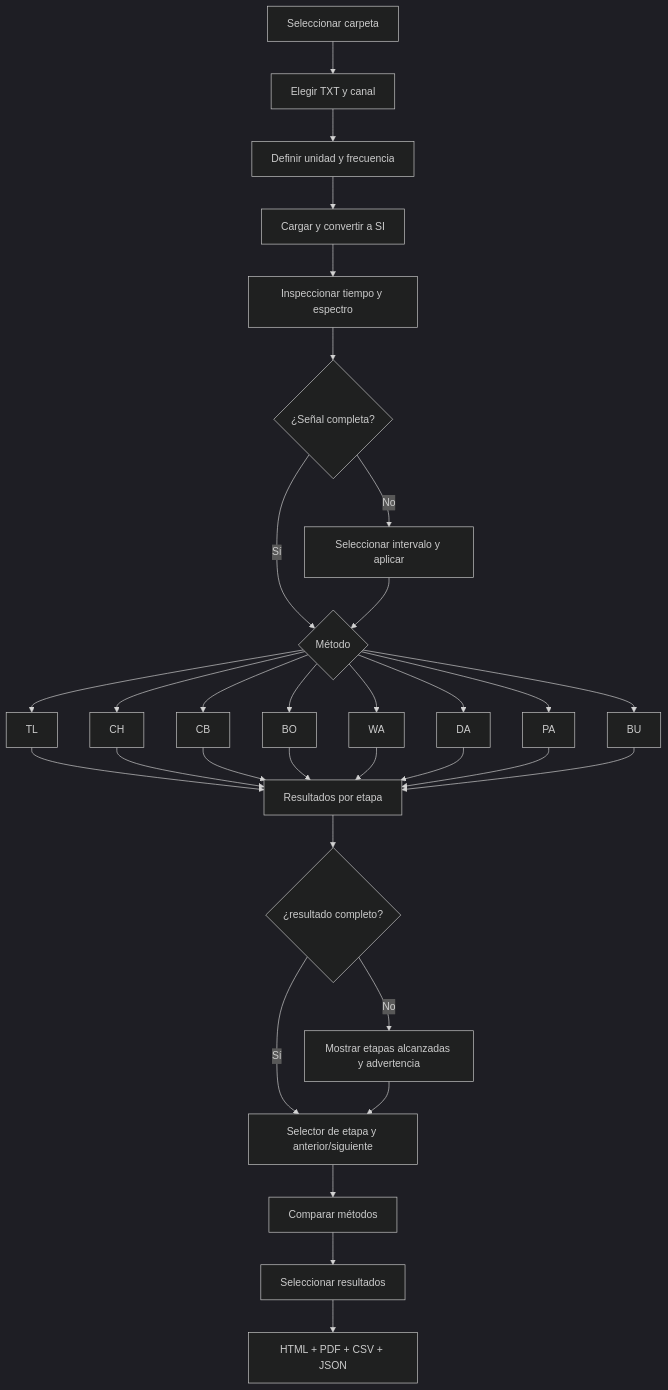
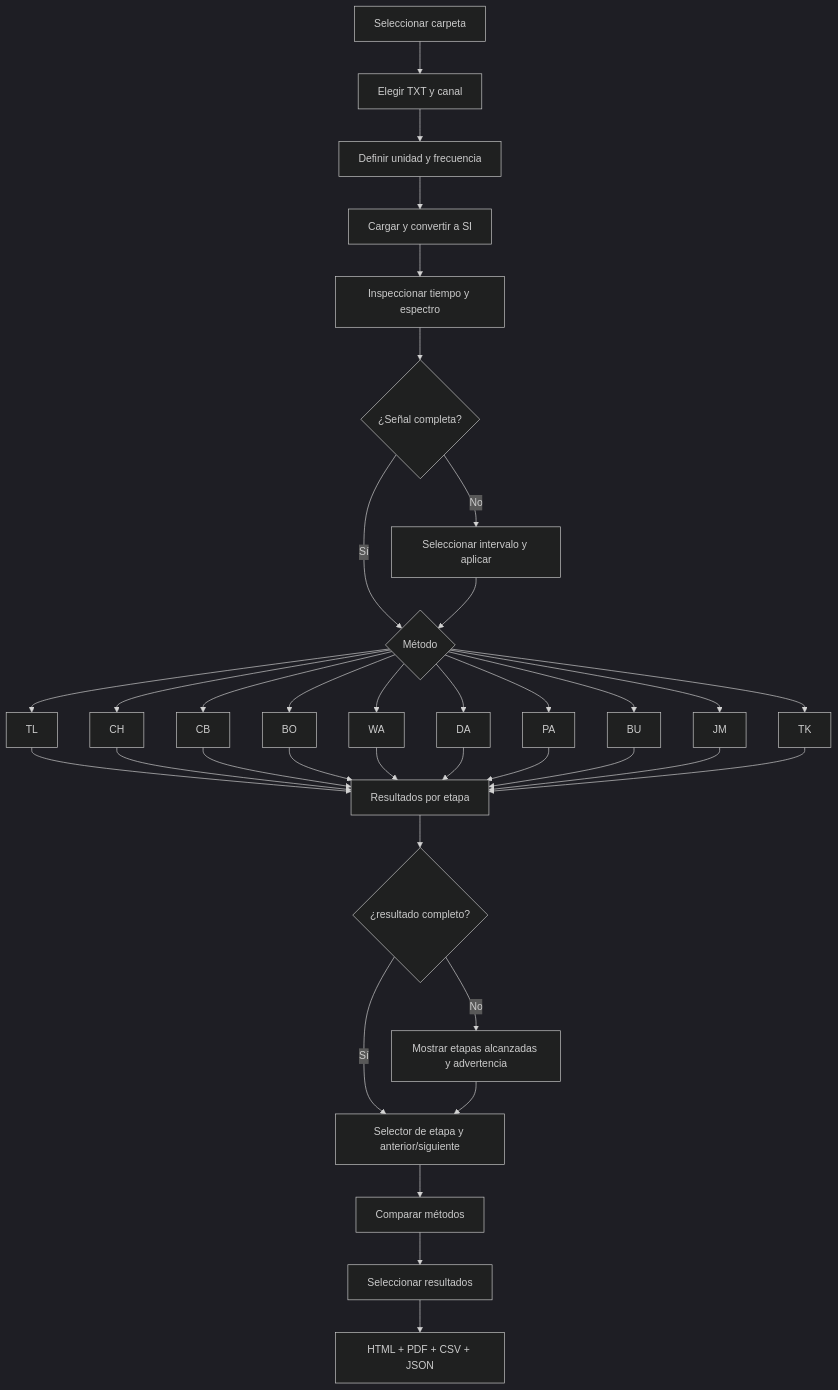
Before and after one commit to jolumartinez/desp_from_acc: the diagram in docs/desp_desktop_app/workflow.mmd, drawn with Mermaid (dark theme). The commit also changed 29 other files, not shown here.

```diff
--- a/docs/desp_desktop_app/workflow.mmd
+++ b/docs/desp_desktop_app/workflow.mmd
@@ -1,32 +1,36 @@
 flowchart TD
     A[Seleccionar carpeta] --> B[Elegir TXT y canal]
     B --> C[Definir unidad y frecuencia]
     C --> D[Cargar y convertir a SI]
     D --> E[Inspeccionar tiempo y espectro]
     E --> X{¿Señal completa?}
     X -->|No| Y[Seleccionar intervalo y aplicar]
     X -->|Sí| F{Método}
     Y --> F
     F --> TL[TL]
     F --> CH[CH]
     F --> CB[CB]
     F --> BO[BO]
     F --> WA[WA]
     F --> DA[DA]
     F --> PA[PA]
     F --> BU[BU]
+    F --> JM[JM]
+    F --> TK[TK]
     TL --> G[Resultados por etapa]
     CH --> G
     CB --> G
     BO --> G
     WA --> G
     DA --> G
     PA --> G
     BU --> G
+    JM --> G
+    TK --> G
     G --> V{¿resultado completo?}
     V -- Sí --> N[Selector de etapa y anterior/siguiente]
     V -- No --> P[Mostrar etapas alcanzadas y advertencia]
     P --> N
     N --> H[Comparar métodos]
     H --> I[Seleccionar resultados]
     I --> J[HTML + PDF + CSV + JSON]
```
